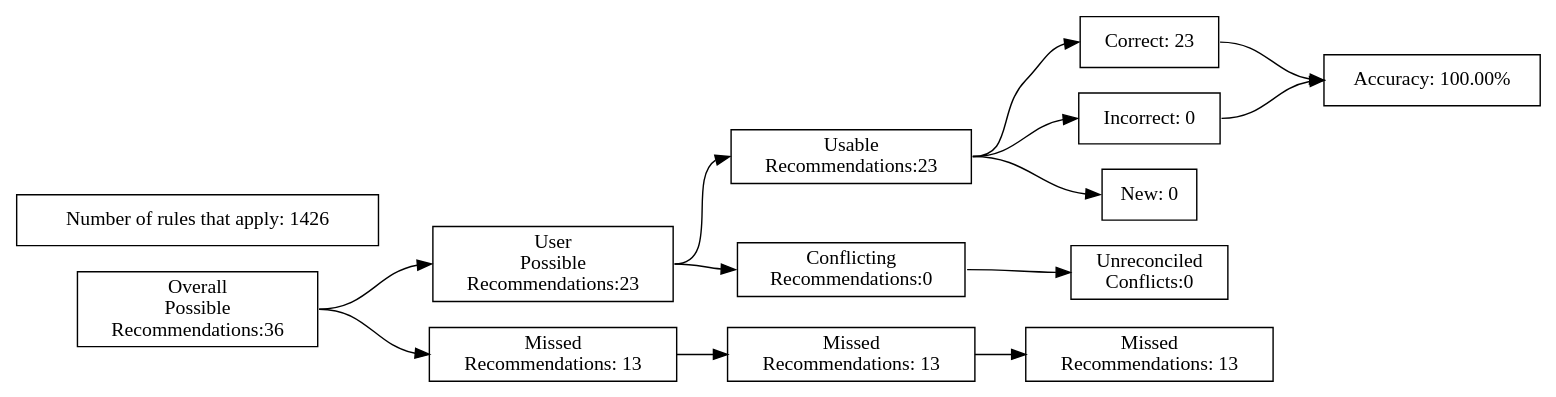
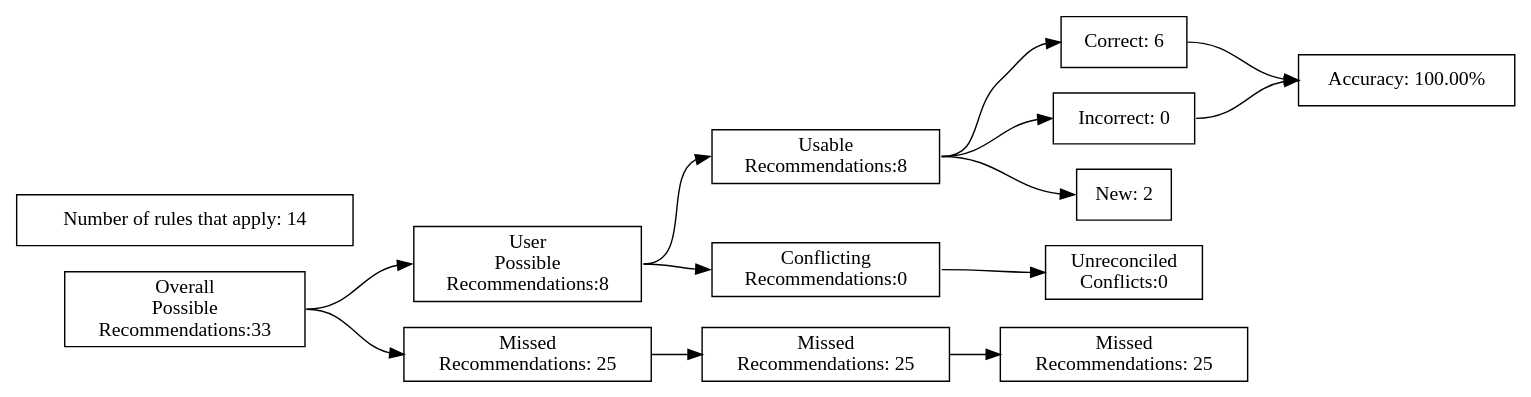
One commit to ZaxR/ibd_diet_analysis changed the diagram in test_renders/36.gv. Above: the diagram before and after it, drawn with Graphviz. The commit also changed 228 other files, not shown here.

```diff
--- a/test_renders/36.gv
+++ b/test_renders/36.gv
@@ -1,40 +1,40 @@
 digraph {
 	graph [rankdir=LR]
 	node [pos=r shape=box]
 	edge [headport=w tailport=e]
 		A [label="Overall
 Possible
-Recommendations:36"]
+Recommendations:33"]
 		B [label="User
 Possible
-Recommendations:23"]
+Recommendations:8"]
 		C [label="Missed
-Recommendations: 13"]
+Recommendations: 25"]
 		D [label="Usable
-Recommendations:23"]
+Recommendations:8"]
 		E [label="Conflicting
 Recommendations:0"]
 		J [label="Missed
-Recommendations: 13"]
+Recommendations: 25"]
 		M [label="Unreconciled
 Conflicts:0"]
-		F [label="Correct: 23"]
+		F [label="Correct: 6"]
 		G [label="Incorrect: 0"]
-		H [label="New: 0"]
+		H [label="New: 2"]
 		K [label="Missed
-Recommendations: 13"]
+Recommendations: 25"]
 		I [label="Accuracy: 100.00%"]
-		l [label="Number of rules that apply: 1426"]
+		l [label="Number of rules that apply: 14"]
 			A -> B
 			A -> C
 			B -> D
 			B -> E
 			D -> F
 			D -> G
 			D -> H
 			F -> I
 			G -> I
 			C -> J
 			J -> K
 			E -> M
 }
```
